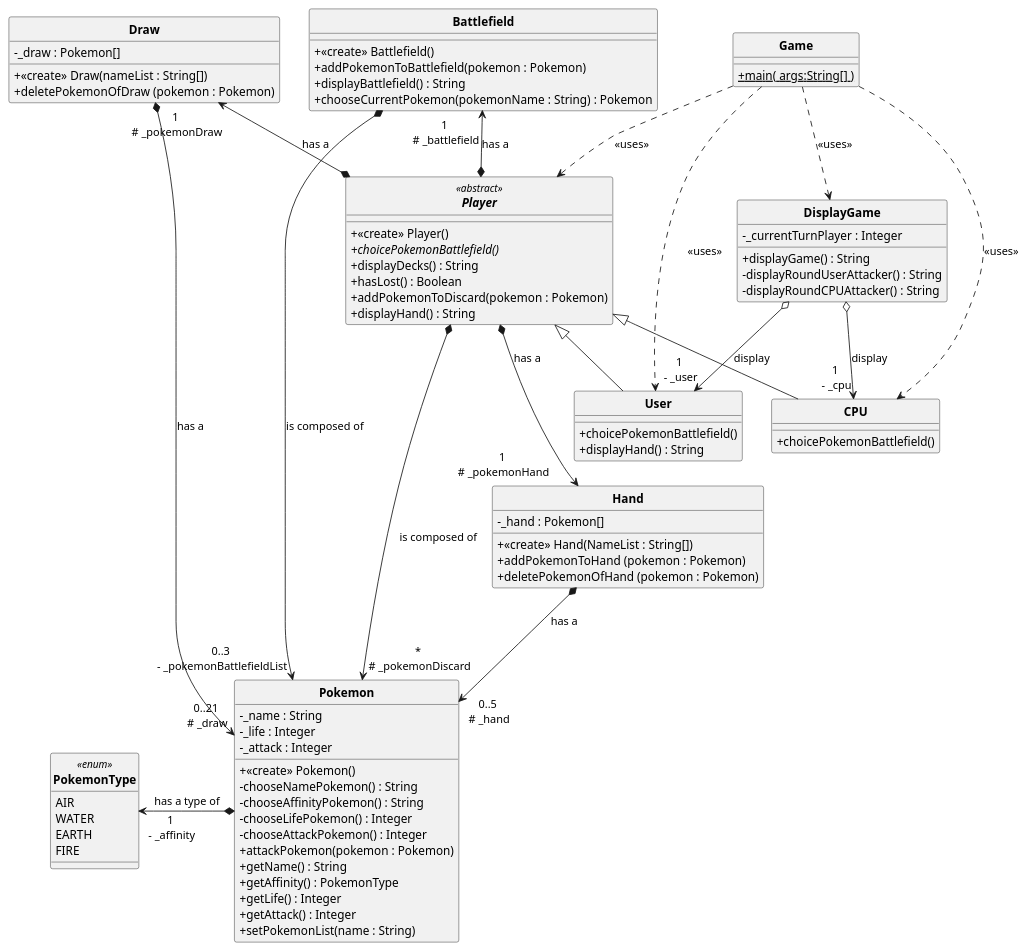
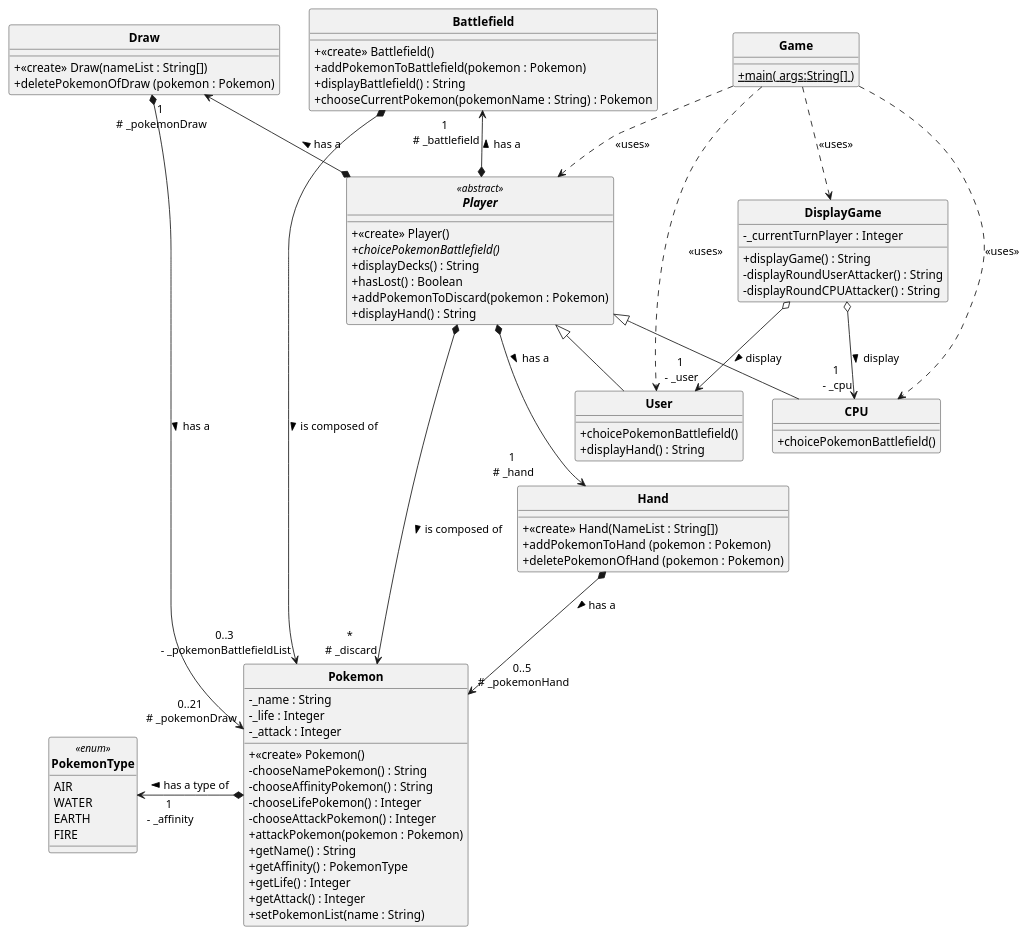
Before and after one commit to vfletschinger/Pokemon_Project: the diagram in uml/semaine1.puml, drawn with PlantUML. The commit also changed 4 other files, not shown here.

Commit message:
Ajout de la classe Hand + modif uml + adaptation code (Game,Player,Draw)

```diff
--- a/uml/semaine1.puml
+++ b/uml/semaine1.puml
@@ -1,103 +1,101 @@
  @startuml
 'https://plantuml.com/sequence-diagram
 
 
 'configuration du style
 skinparam style strictuml
 skinparam classAttributeIconSize 0
 skinparam classFontStyle Bold
 
 
 class Game {
 	+ {static} main( args:String[] )
 }
 
 class Pokemon {
     - _name : String
     - _life : Integer
     - _attack : Integer
     + <<create>> Pokemon()
     - chooseNamePokemon() : String
     - chooseAffinityPokemon() : String
     - chooseLifePokemon() : Integer
     - chooseAttackPokemon() : Integer
     + attackPokemon(pokemon : Pokemon)
     + getName() : String
     + getAffinity() : PokemonType
     + getLife() : Integer
     + getAttack() : Integer
     + setPokemonList(name : String)
 }
 
 enum PokemonType <<enum>>{
     AIR
     WATER
     EARTH
     FIRE
 }
 'On pourrait contenir cette énumération comme des "sous classes" de Pokemon'
 
 
 abstract class Player <<abstract>> {
     + <<create>> Player()
     + {abstract} choicePokemonBattlefield()
     + displayDecks() : String
     + hasLost() : Boolean
     + addPokemonToDiscard(pokemon : Pokemon)
     + displayHand() : String
 }
 
 class User extends Player {
     + choicePokemonBattlefield()
     + displayHand() : String
 }
 
 class CPU extends Player {
     + choicePokemonBattlefield()
 }
 
 class Battlefield {
     + <<create>> Battlefield()
     + addPokemonToBattlefield(pokemon : Pokemon)
     + displayBattlefield() : String
     + chooseCurrentPokemon(pokemonName : String) : Pokemon
 }
 
 class DisplayGame {
     - _currentTurnPlayer : Integer
     + displayGame() : String
     - displayRoundUserAttacker() : String
     - displayRoundCPUAttacker() : String
 }
 
 class Draw{
-    - _draw : Pokemon[]
     +<<create>> Draw(nameList : String[])
     + deletePokemonOfDraw (pokemon : Pokemon)
 }
 
 class Hand{
-    - _hand : Pokemon[]
     +<<create>> Hand(NameList : String[])
     + addPokemonToHand (pokemon : Pokemon)
     + deletePokemonOfHand (pokemon : Pokemon)
 }
 
-Player *-u-> "1\n # _battlefield" Battlefield : "has a"
-Player *-u-> "1\n # _pokemonDraw" Draw : "has a"
-Player *-d---> "*\n # _pokemonDiscard" Pokemon : "is composed of"
-Player *--> "1\n # _pokemonHand" Hand : "has a"
-Draw *--> "0..21\n # _draw" Pokemon : "has a"
-Hand *--> "0..5\n # _hand" Pokemon : "has a"
-Battlefield *--> "0..3\n - _pokemonBattlefieldList" Pokemon : "is composed of"
-DisplayGame o--> "1\n - _user" User : "display"
-DisplayGame o--> "1\n - _cpu" CPU : "display"
-Pokemon *-l-> "1\n - _affinity" PokemonType : "has a type of"
+Player *-u-> "1\n # _battlefield" Battlefield : > has a
+Player *-u-> "1\n # _pokemonDraw" Draw : > has a
+Player *-d---> "*\n # _discard" Pokemon : > is composed of
+Player *--> "1\n # _hand" Hand : > has a
+Draw *--> "0..21\n # _pokemonDraw" Pokemon : > has a
+Hand *--> "0..5\n # _pokemonHand" Pokemon : > has a
+Battlefield *--> "0..3\n - _pokemonBattlefieldList" Pokemon : > is composed of
+DisplayGame o--> "1\n - _user" User : > display
+DisplayGame o--> "1\n - _cpu" CPU : > display
+Pokemon *-l-> "1\n - _affinity" PokemonType : > has a type of
 
 Game .d.> Player : <<uses>>
 Game .d.> DisplayGame : <<uses>>
 Game .d.> CPU : <<uses>>
 Game .d.> User : <<uses>>
 
 
 @enduml
```
